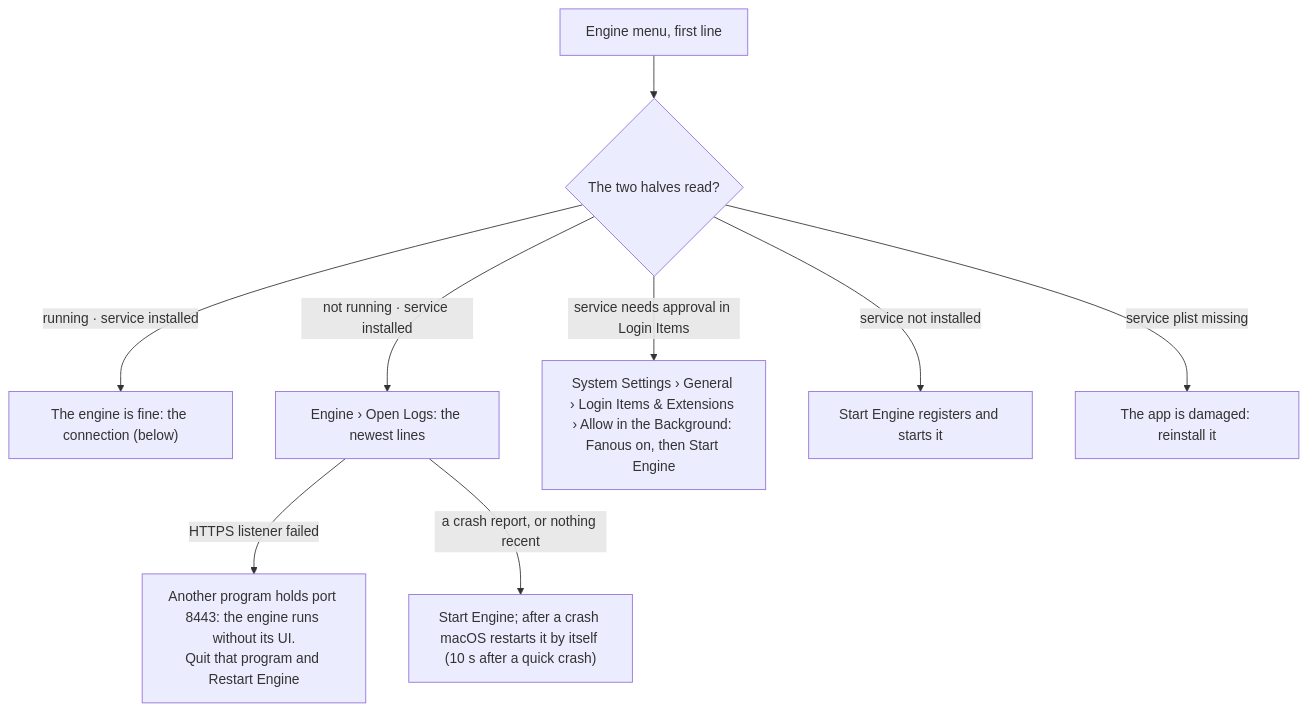
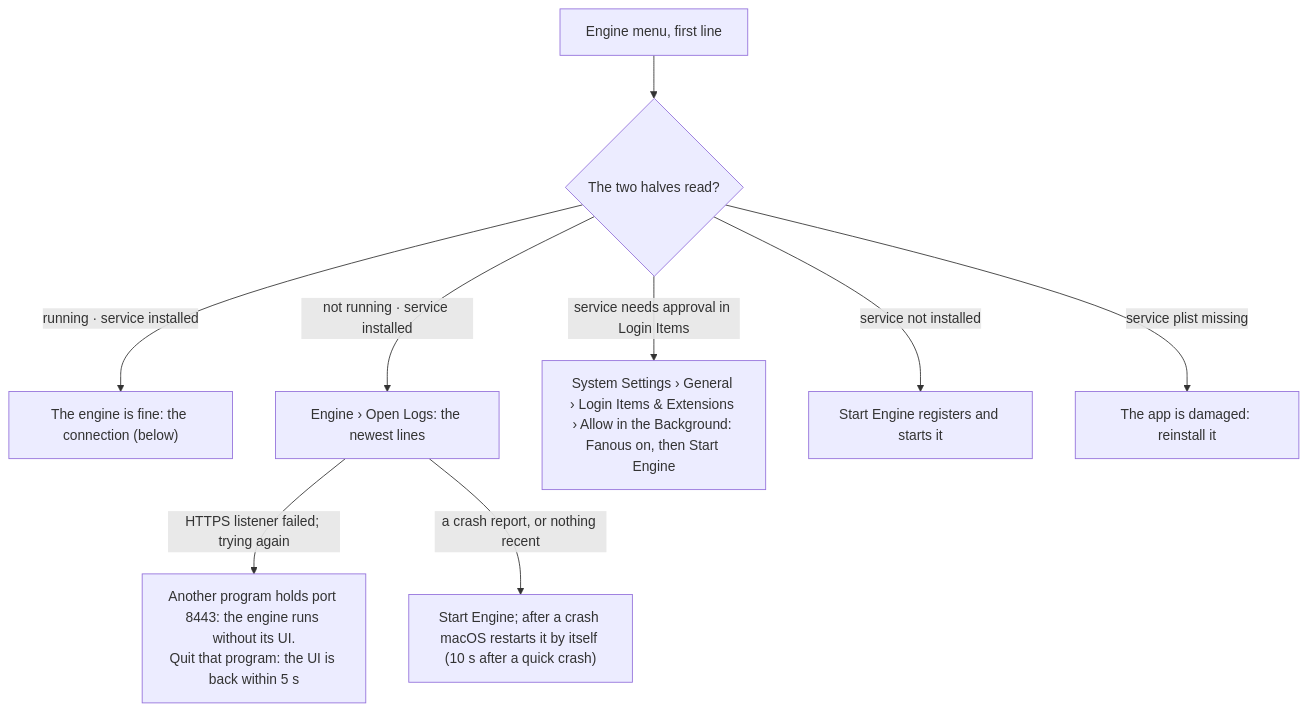
One commit to Timdebruijn/fanous changed the first of 2 diagrams in docs/user/troubleshooting.md. Above: the diagram before and after it, drawn with Mermaid. The commit also changed other lines of this file and 7 other files, not shown here.

````diff
--- a/docs/user/troubleshooting.md
+++ b/docs/user/troubleshooting.md
@@ -67,11 +67,11 @@
 ```mermaid
 flowchart TD
   start["Engine menu, first line"] --> line{"The two halves read?"}
   line -- "running · service installed" --> conn["The engine is fine: the connection (below)"]
   line -- "not running · service installed" --> log["Engine › Open Logs: the newest lines"]
-  log -- "HTTPS listener failed" --> port["Another program holds port 8443: the engine runs without its UI.<br>Quit that program and Restart Engine"]
+  log -- "HTTPS listener failed; trying again" --> port["Another program holds port 8443: the engine runs without its UI.<br>Quit that program: the UI is back within 5 s"]
   log -- "a crash report, or nothing recent" --> startit["Start Engine; after a crash macOS restarts it by itself (10 s after a quick crash)"]
   line -- "service needs approval in Login Items" --> approve["System Settings › General › Login Items & Extensions › Allow in the Background: Fanous on, then Start Engine"]
   line -- "service not installed" --> install["Start Engine registers and starts it"]
   line -- "service plist missing" --> reinstall["The app is damaged: reinstall it"]
 ```
````
